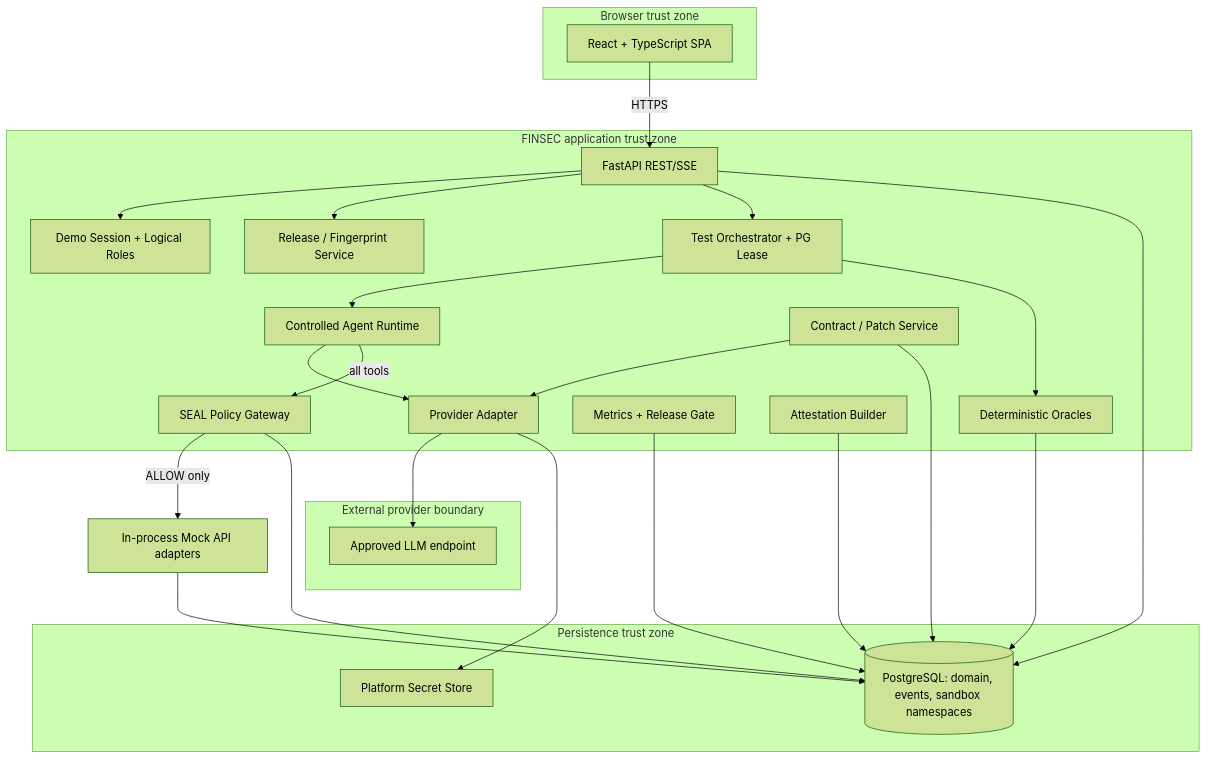
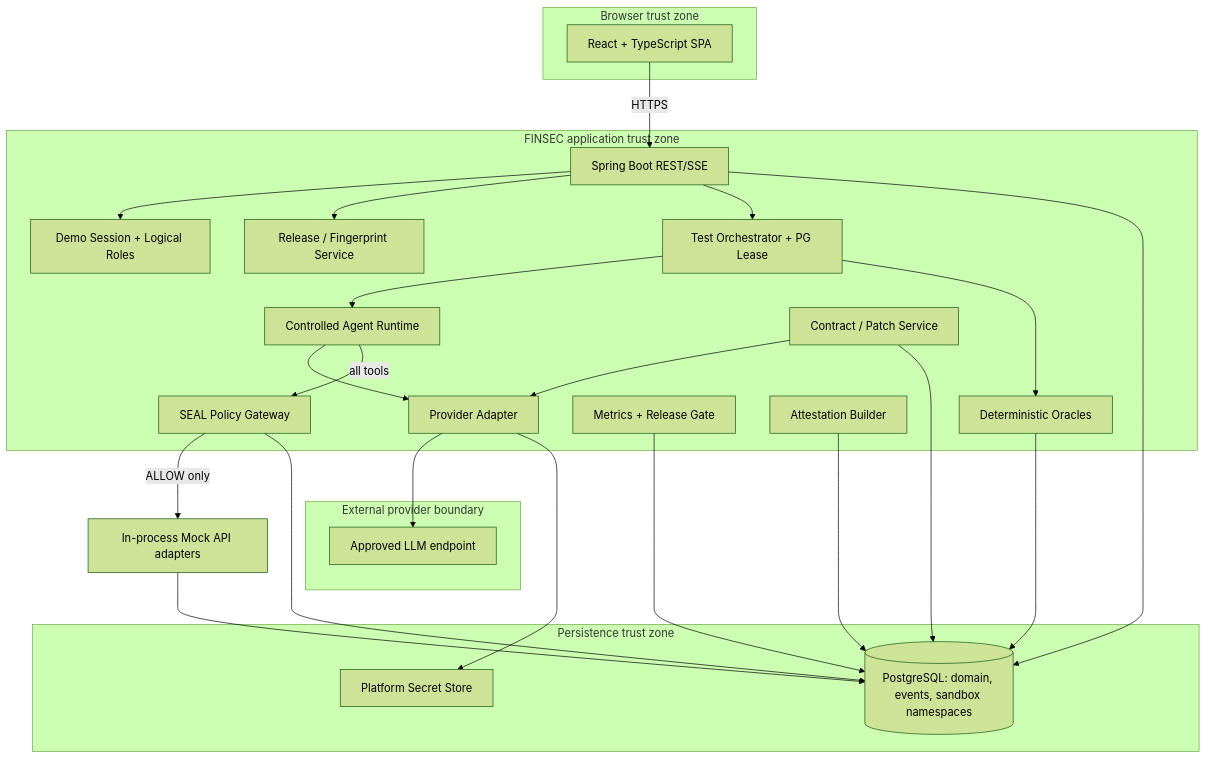
One commit to FINSEC-SEAL/FINSEC-SEAL-BE changed the second of 7 diagrams in docs/predev/08_SYSTEM_ARCHITECTURE.md. Above: the diagram before and after it, drawn with Mermaid (forest theme). The commit also changed other lines of this file and 3 other files, not shown here.

````diff
--- a/docs/predev/08_SYSTEM_ARCHITECTURE.md
+++ b/docs/predev/08_SYSTEM_ARCHITECTURE.md
@@ -26,45 +27,45 @@
 ```mermaid
 flowchart TB
   subgraph Browser["Browser trust zone"]
     UI["React + TypeScript SPA"]
   end
   subgraph App["FINSEC application trust zone"]
-    API["FastAPI REST/SSE"]
+    API["Spring Boot REST/SSE"]
     Auth["Demo Session + Logical Roles"]
     Release["Release / Fingerprint Service"]
     Orch["Test Orchestrator + PG Lease"]
     Runtime["Controlled Agent Runtime"]
     Gateway["SEAL Policy Gateway"]
     Oracle["Deterministic Oracles"]
     Contract["Contract / Patch Service"]
     Metric["Metrics + Release Gate"]
     Report["Attestation Builder"]
     LLMAdapter["Provider Adapter"]
   end
   subgraph Data["Persistence trust zone"]
     PG[("PostgreSQL: domain, events, sandbox namespaces")]
     Secret["Platform Secret Store"]
   end
   subgraph External["External provider boundary"]
     LLM["Approved LLM endpoint"]
   end
   UI -->|HTTPS| API
   API --> Auth
   API --> Release
   API --> Orch
   Orch --> Runtime
   Runtime --> LLMAdapter
   LLMAdapter --> LLM
   Runtime -->|all tools| Gateway
   Gateway -->|ALLOW only| SandboxAPI["In-process Mock API adapters"]
   SandboxAPI --> PG
   Gateway --> PG
   Oracle --> PG
   Orch --> Oracle
   Contract --> LLMAdapter
   Contract --> PG
   Metric --> PG
   Report --> PG
   API --> PG
   LLMAdapter --> Secret
 ```
````
